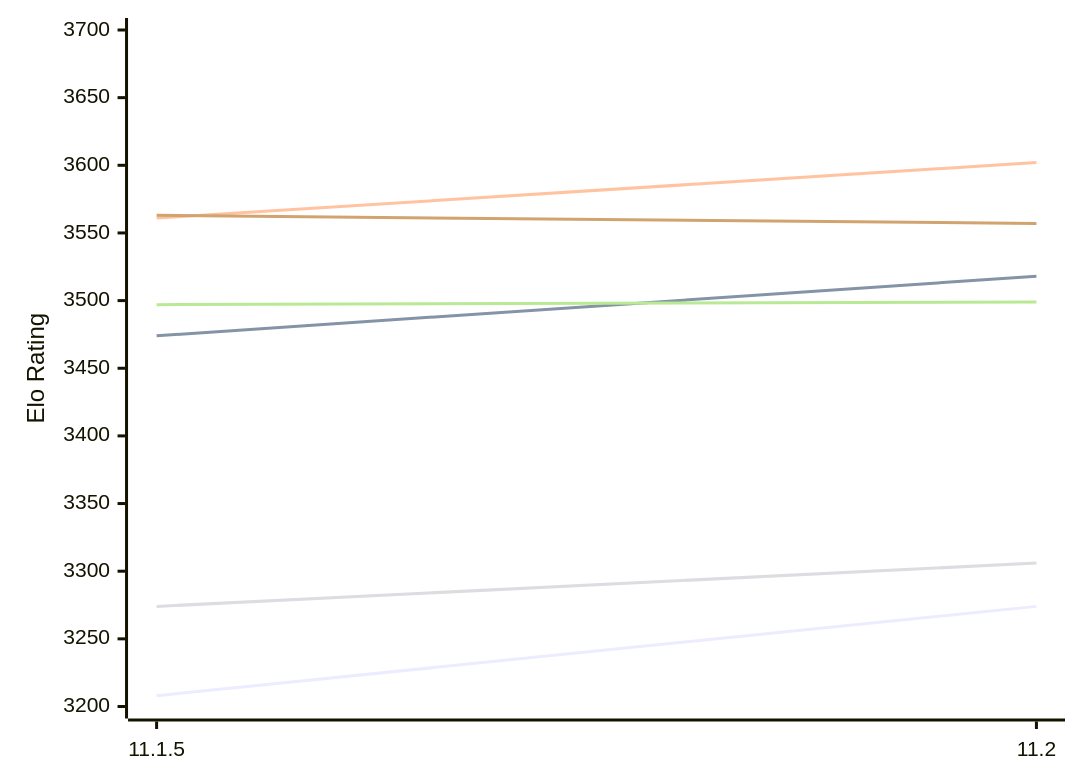
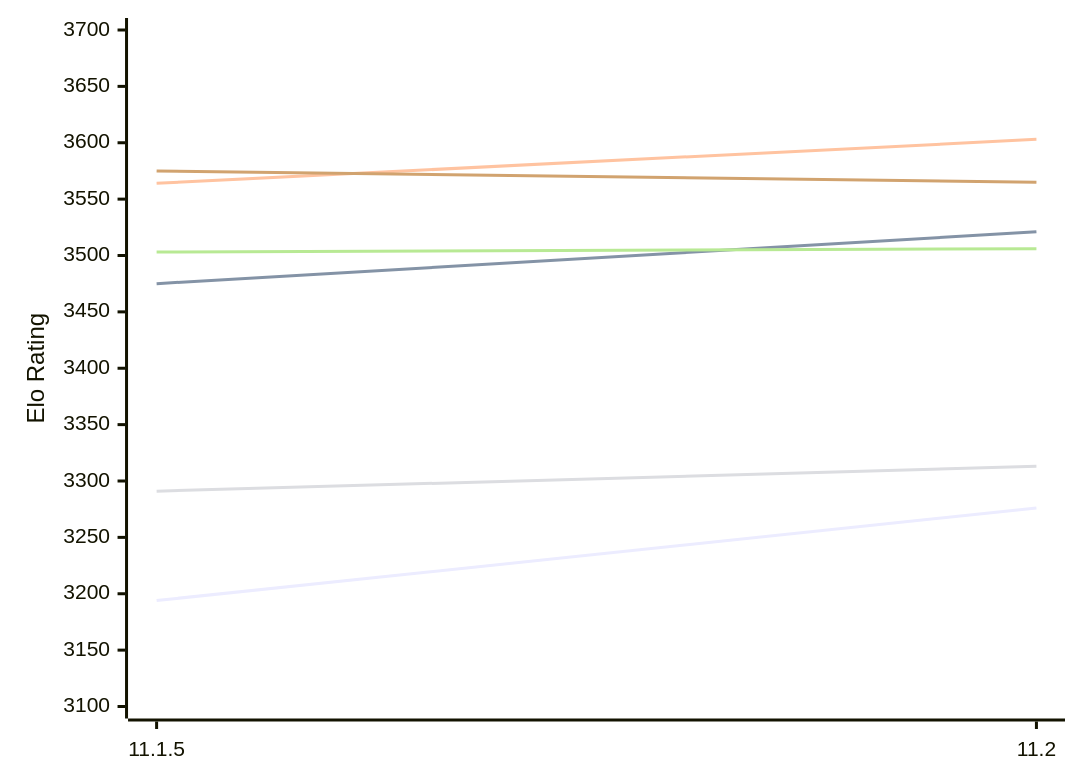
The first of 2 diagrams in engines/Lizard.md (computer-chess-index/cci), drawn with Mermaid before and after one commit. The commit also changed other lines of this file, not shown here.

Commit message:
Update CCI Ratings (ELO VLTC) - 2026-11-25

````diff
--- a/engines/Lizard.md
+++ b/engines/Lizard.md
@@ -52,12 +52,12 @@
 ```mermaid
 %%{init: {"theme":"base","themeVariables":{"seriesColors:['#a3a3a3','#222221','#faa371']}}}%%
 xychart-beta
   x-axis ["11.1.5", "11.2"]
-  y-axis "Elo Rating" 3200 --> 3700
-  line "E1: STC (8.0+0.08s)" [3208, 3274]
-  line "E1: LTC (60.0+0.60s)" [3474, 3518]
-  line "E1: VLTC (2m24s+1.12s)" [3561, 3602]
-  line "P1: STC (8.0+0.08s)" [3274, 3306]
-  line "P1: LTC (60.0+0.60s)" [3497, 3499]
-  line "P1: VLTC (2m24s+1.12s)" [3563, 3557]
+  y-axis "Elo Rating" 3100 --> 3700
+  line "E1: STC (8.0+0.08s)" [3194, 3276]
+  line "E1: LTC (60.0+0.60s)" [3475, 3521]
+  line "E1: VLTC (2m24s+1.12s)" [3564, 3603]
+  line "P1: STC (8.0+0.08s)" [3291, 3313]
+  line "P1: LTC (60.0+0.60s)" [3503, 3506]
+  line "P1: VLTC (2m24s+1.12s)" [3575, 3565]
 ```
````
